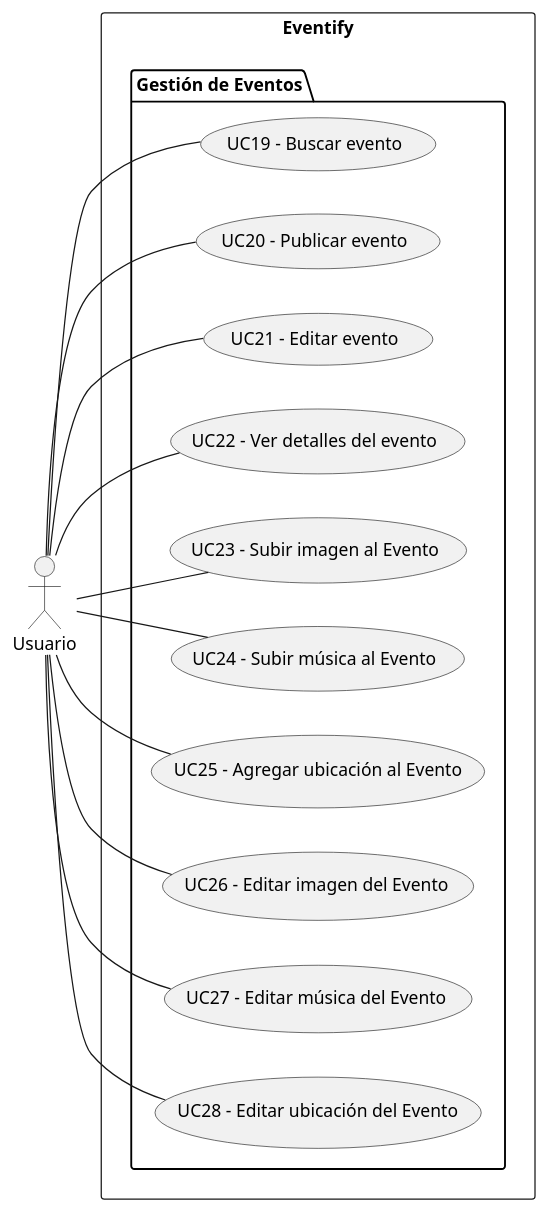
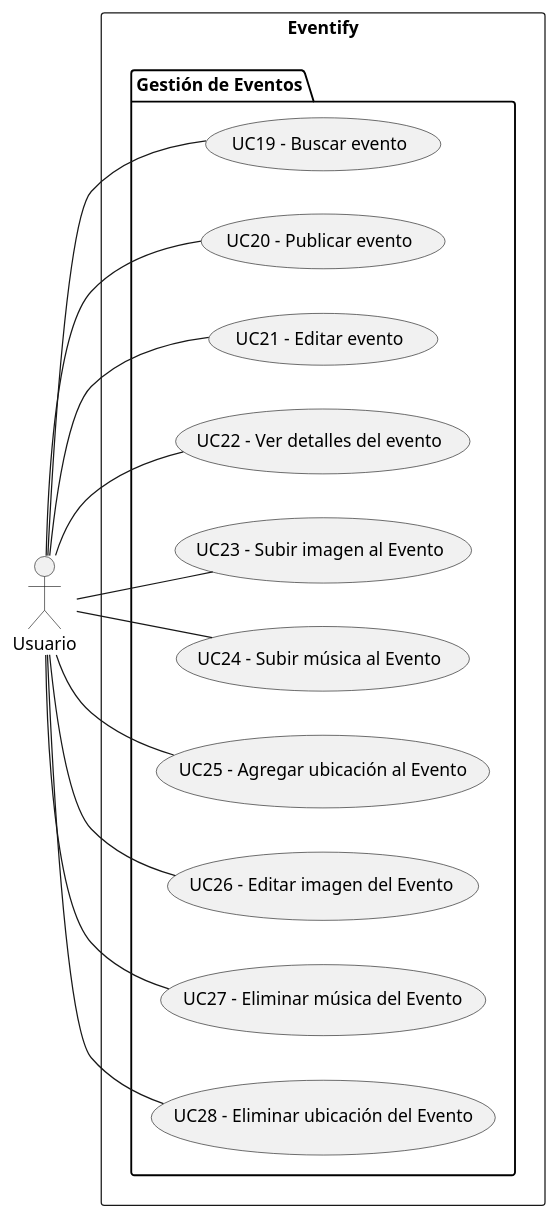
The diagram in Requisitos/Casos de Uso/UseCaseDiagramEventsManagement.plantuml (valeraruggierotesisucv/tesis-frameworks-mobile-diagrams), drawn with PlantUML before and after one commit. The commit also changed 1 other file, not shown here.

```diff
--- a/Requisitos/Casos de Uso/UseCaseDiagramEventsManagement.plantuml
+++ b/Requisitos/Casos de Uso/UseCaseDiagramEventsManagement.plantuml
@@ -1,29 +1,29 @@
 @startuml UseCaseDiagramEventsManagement
     left to right direction
     actor "Usuario" as usuario
     rectangle "Eventify" {
         package "Gestión de Eventos" {
             usecase "UC19 - Buscar evento" as buscarEvento
             usecase "UC20 - Publicar evento" as publicarEvento
             usecase "UC21 - Editar evento" as editarEvento
             usecase "UC22 - Ver detalles del evento" as verDetallesEvento
             usecase "UC23 - Subir imagen al Evento" as subirImagenEvento
             usecase "UC24 - Subir música al Evento" as subirMusicaEvento
             usecase "UC25 - Agregar ubicación al Evento" as agregarUbicacionEvento
             usecase "UC26 - Editar imagen del Evento" as eliminarImagenEvento
-            usecase "UC27 - Editar música del Evento" as editarMusicaEvento
-            usecase "UC28 - Editar ubicación del Evento" as editarUbicacionEvento
+            usecase "UC27 - Eliminar música del Evento" as editarMusicaEvento
+            usecase "UC28 - Eliminar ubicación del Evento" as editarUbicacionEvento
         }
     }
 
     usuario -- buscarEvento
     usuario -- publicarEvento
     usuario -- editarEvento
     usuario -- verDetallesEvento
     usuario -- subirImagenEvento
     usuario -- subirMusicaEvento
     usuario -- agregarUbicacionEvento
     usuario -- eliminarImagenEvento
     usuario -- editarMusicaEvento
     usuario -- editarUbicacionEvento
 @enduml
```
